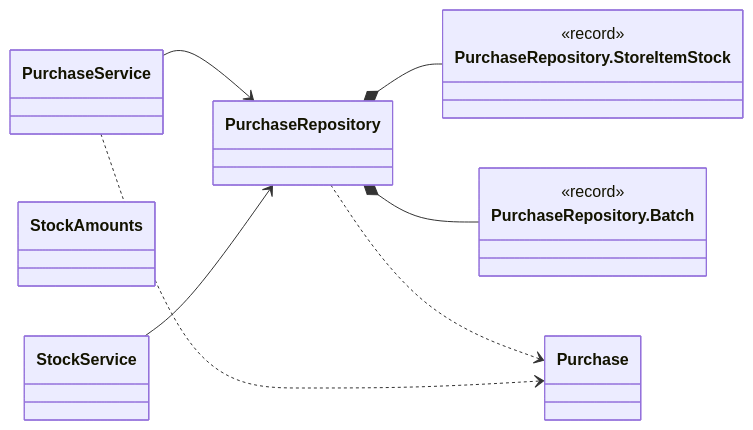
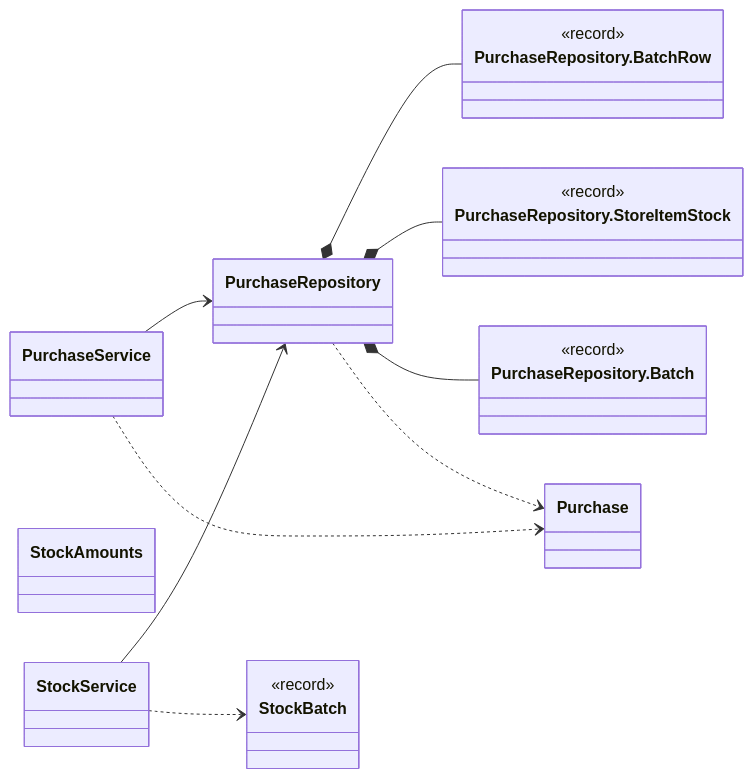
Before and after one commit to Nate-ryan-7690/dahaem: the first of 10 diagrams in docs/classes/finance.md, drawn with Mermaid. The commit also changed other lines of this file and 6 other files, not shown here.

````diff
--- a/docs/classes/finance.md
+++ b/docs/classes/finance.md
@@ -11,21 +11,29 @@
 ```mermaid
 classDiagram
     direction LR
     class finance_Purchase["Purchase"]
     class finance_PurchaseRepository["PurchaseRepository"]
+    class finance_PurchaseRepository_BatchRow["PurchaseRepository.BatchRow"] {
+        <<record>>
+    }
     class finance_PurchaseRepository_StoreItemStock["PurchaseRepository.StoreItemStock"] {
         <<record>>
     }
     class finance_PurchaseRepository_Batch["PurchaseRepository.Batch"] {
         <<record>>
     }
     class finance_PurchaseService["PurchaseService"]
     class finance_StockAmounts["StockAmounts"]
+    class finance_StockBatch["StockBatch"] {
+        <<record>>
+    }
     class finance_StockService["StockService"]
+    finance_PurchaseRepository *-- finance_PurchaseRepository_BatchRow
     finance_PurchaseRepository *-- finance_PurchaseRepository_StoreItemStock
     finance_PurchaseRepository *-- finance_PurchaseRepository_Batch
     finance_PurchaseRepository ..> finance_Purchase
     finance_PurchaseService --> finance_PurchaseRepository
     finance_PurchaseService ..> finance_Purchase
     finance_StockService --> finance_PurchaseRepository
+    finance_StockService ..> finance_StockBatch
 ```
````
